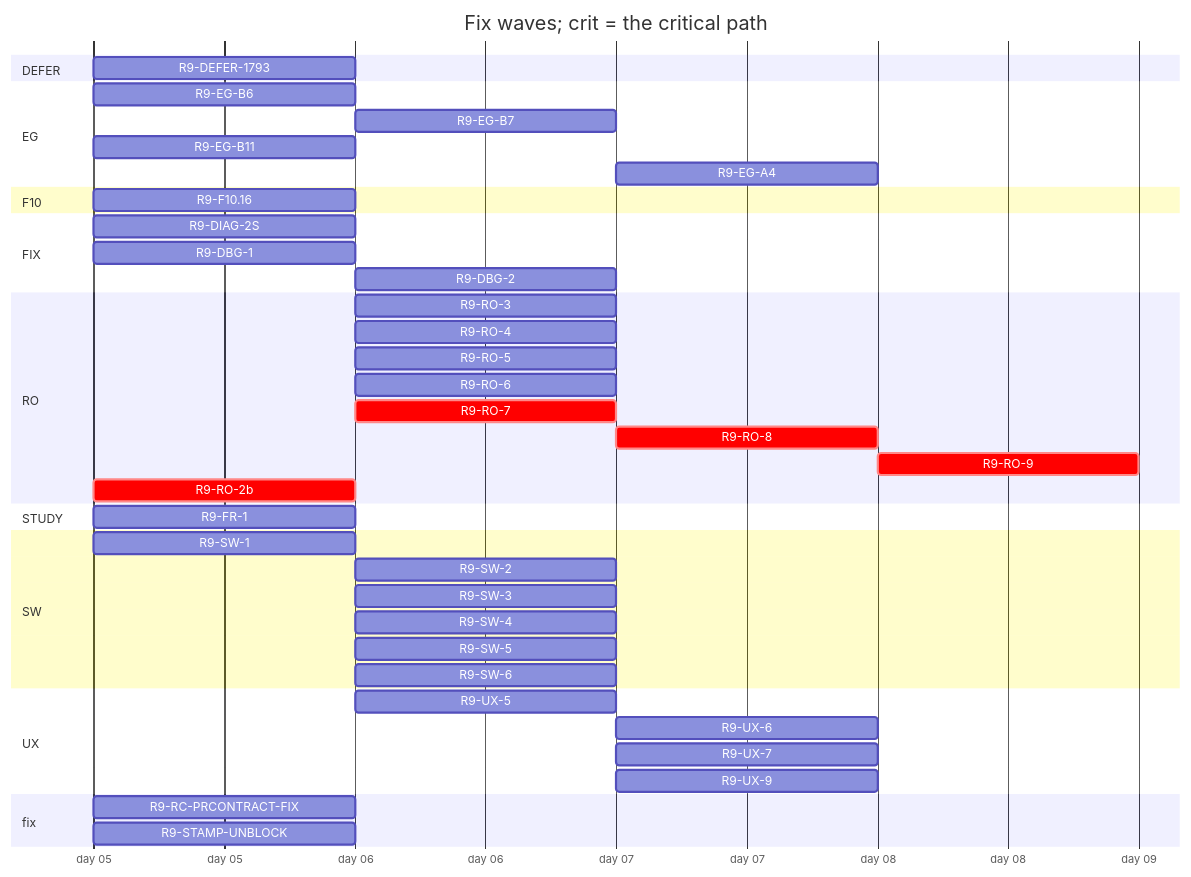
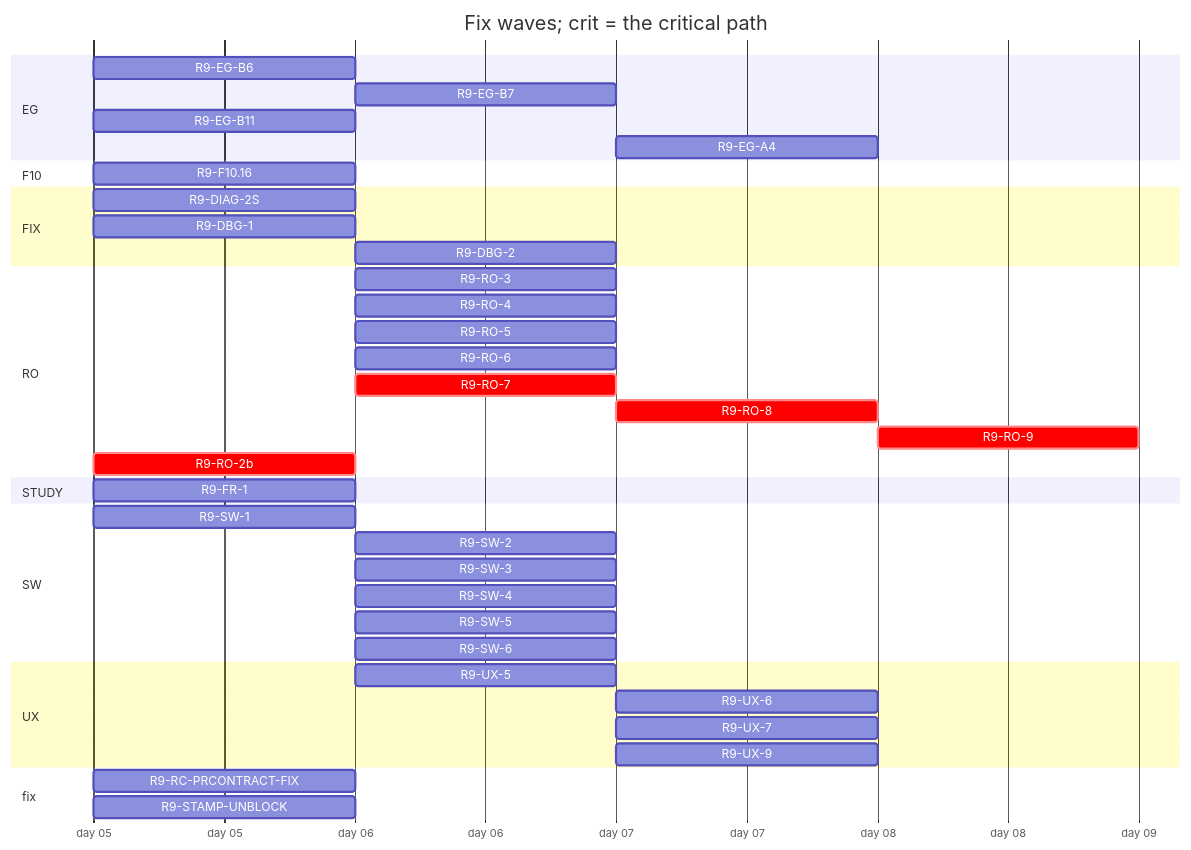
Before and after one commit to tvofi/heatpump_optimizer: the diagram in handoff/round9/state/PLAN-TABLE.md, drawn with Mermaid. The commit also changed other lines of this file and 2 other files, not shown here.

````diff
--- a/handoff/round9/state/PLAN-TABLE.md
+++ b/handoff/round9/state/PLAN-TABLE.md
@@ -22,45 +21,43 @@
 ```mermaid
 gantt
   title Fix waves; crit = the critical path
   dateFormat YYYY-MM-DD
   axisFormat day %d
-  section DEFER
-    R9-DEFER-1793 :r9DEFER1793, 2026-01-05, 1d
   section EG
     R9-EG-B6 :r9EGB6, 2026-01-05, 1d
     R9-EG-B7 :r9EGB7, after r9EGB6, 1d
     R9-EG-B11 :r9EGB11, 2026-01-05, 1d
     R9-EG-A4 :r9EGA4, after r9EGB7 r9EGB11, 1d
   section F10
     R9-F10.16 :r9F1016, 2026-01-05, 1d
   section FIX
     R9-DIAG-2S :r9DIAG2S, 2026-01-05, 1d
     R9-DBG-1 :r9DBG1, 2026-01-05, 1d
     R9-DBG-2 :r9DBG2, after r9DBG1, 1d
   section RO
     R9-RO-3 :r9RO3, after r9RO2b, 1d
     R9-RO-4 :r9RO4, after r9RO2b, 1d
     R9-RO-5 :r9RO5, after r9RO2b, 1d
     R9-RO-6 :r9RO6, after r9RO2b, 1d
     R9-RO-7 :crit, r9RO7, after r9RO2b, 1d
     R9-RO-8 :crit, r9RO8, after r9RO2b r9RO7, 1d
     R9-RO-9 :crit, r9RO9, after r9RO3 r9RO4 r9RO5 r9RO6 r9RO8 r9EGA4 r9SW4 r9UX5 r9UX6 r9UX7, 1d
     R9-RO-2b :crit, r9RO2b, 2026-01-05, 1d
   section STUDY
     R9-FR-1 :r9FR1, 2026-01-05, 1d
   section SW
     R9-SW-1 :r9SW1, 2026-01-05, 1d
     R9-SW-2 :r9SW2, after r9SW1 r9EGB6, 1d
     R9-SW-3 :r9SW3, after r9SW1, 1d
     R9-SW-4 :r9SW4, after r9SW1, 1d
     R9-SW-5 :r9SW5, after r9EGB6, 1d
     R9-SW-6 :r9SW6, after r9SW1, 1d
   section UX
     R9-UX-5 :r9UX5, after r9EGB6 r9SW1, 1d
     R9-UX-6 :r9UX6, after r9EGB7 r9EGB11 r9UX5, 1d
     R9-UX-7 :r9UX7, after r9EGB6 r9EGB11 r9UX5, 1d
     R9-UX-9 :r9UX9, after r9SW6, 1d
   section fix
     R9-RC-PRCONTRACT-FIX :r9RCPRCONTRACTFIX, 2026-01-05, 1d
     R9-STAMP-UNBLOCK :r9STAMPUNBLOCK, 2026-01-05, 1d
 ```
````
